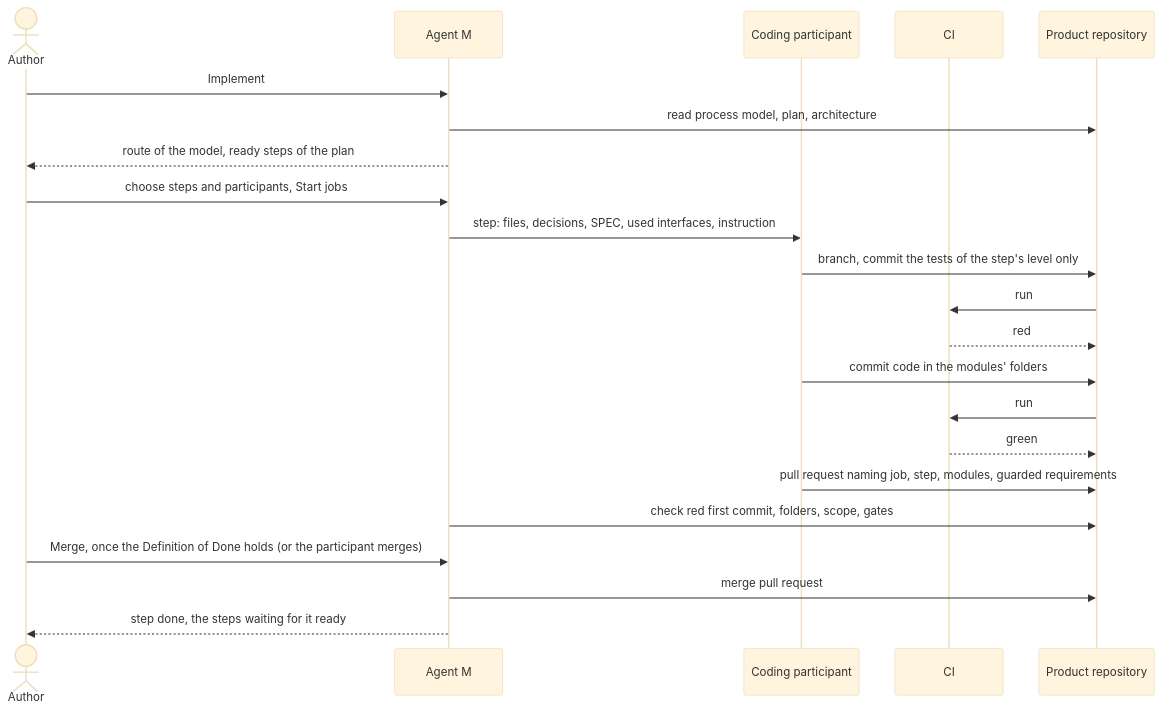
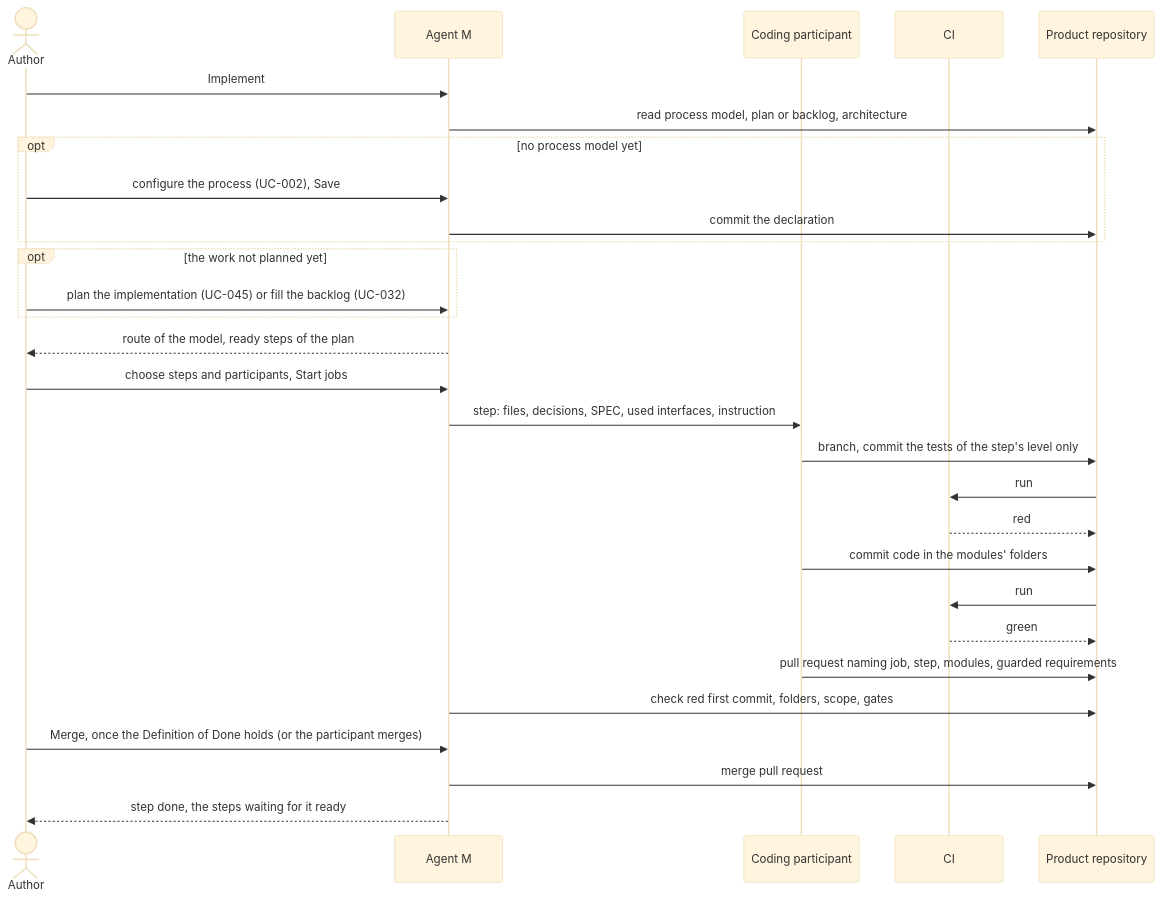
The diagram in docs/use-cases/UC-024-implement-modules.md (akmaier/agent-m), drawn with Mermaid (base theme) before and after one commit. The commit also changed other lines of this file and 7 other files, not shown here.

First line of the commit message:
docs: the process is configured when implementation starts — UC-024 step 1, UC-002 to implementation, SPEC queue 2026-10-05d; UC-045's diagram fixed

````diff
--- a/docs/use-cases/UC-024-implement-modules.md
+++ b/docs/use-cases/UC-024-implement-modules.md
@@ -149,24 +155,31 @@
 ```mermaid
 sequenceDiagram
     actor A as Author
     participant M as Agent M
     participant P as Coding participant
     participant C as CI
     participant G as Product repository
     A->>M: Implement
-    M->>G: read process model, plan, architecture
+    M->>G: read process model, plan or backlog, architecture
+    opt no process model yet
+        A->>M: configure the process (UC-002), Save
+        M->>G: commit the declaration
+    end
+    opt the work not planned yet
+        A->>M: plan the implementation (UC-045) or fill the backlog (UC-032)
+    end
     M-->>A: route of the model, ready steps of the plan
     A->>M: choose steps and participants, Start jobs
     M->>P: step: files, decisions, SPEC, used interfaces, instruction
     P->>G: branch, commit the tests of the step's level only
     G->>C: run
     C-->>G: red
     P->>G: commit code in the modules' folders
     G->>C: run
     C-->>G: green
     P->>G: pull request naming job, step, modules, guarded requirements
     M->>G: check red first commit, folders, scope, gates
     A->>M: Merge, once the Definition of Done holds (or the participant merges)
     M->>G: merge pull request
     M-->>A: step done, the steps waiting for it ready
 ```
````
